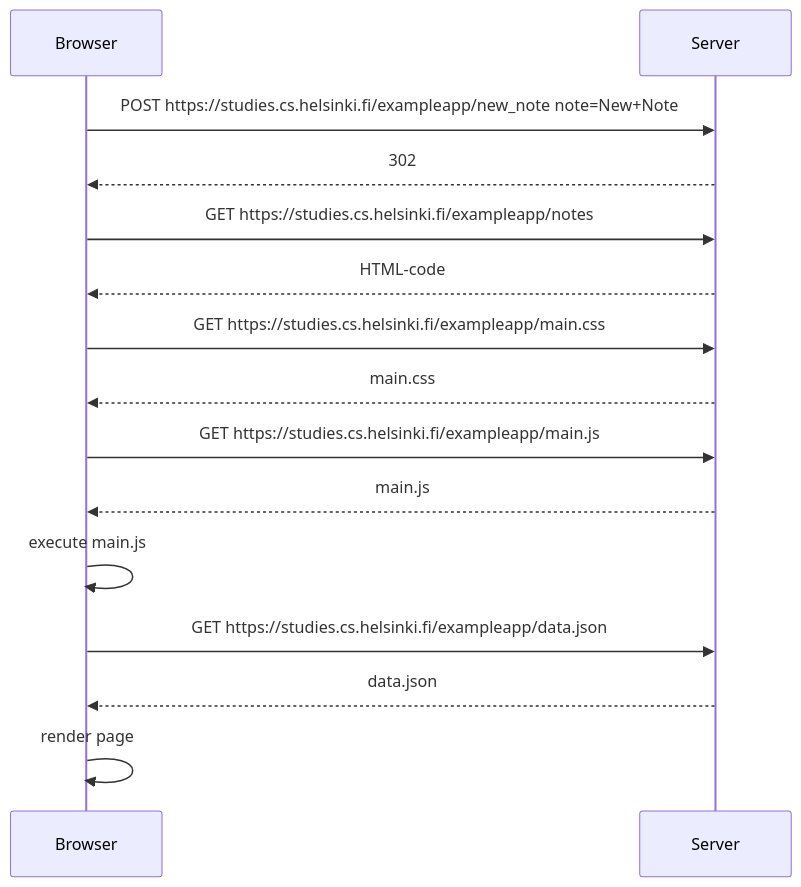
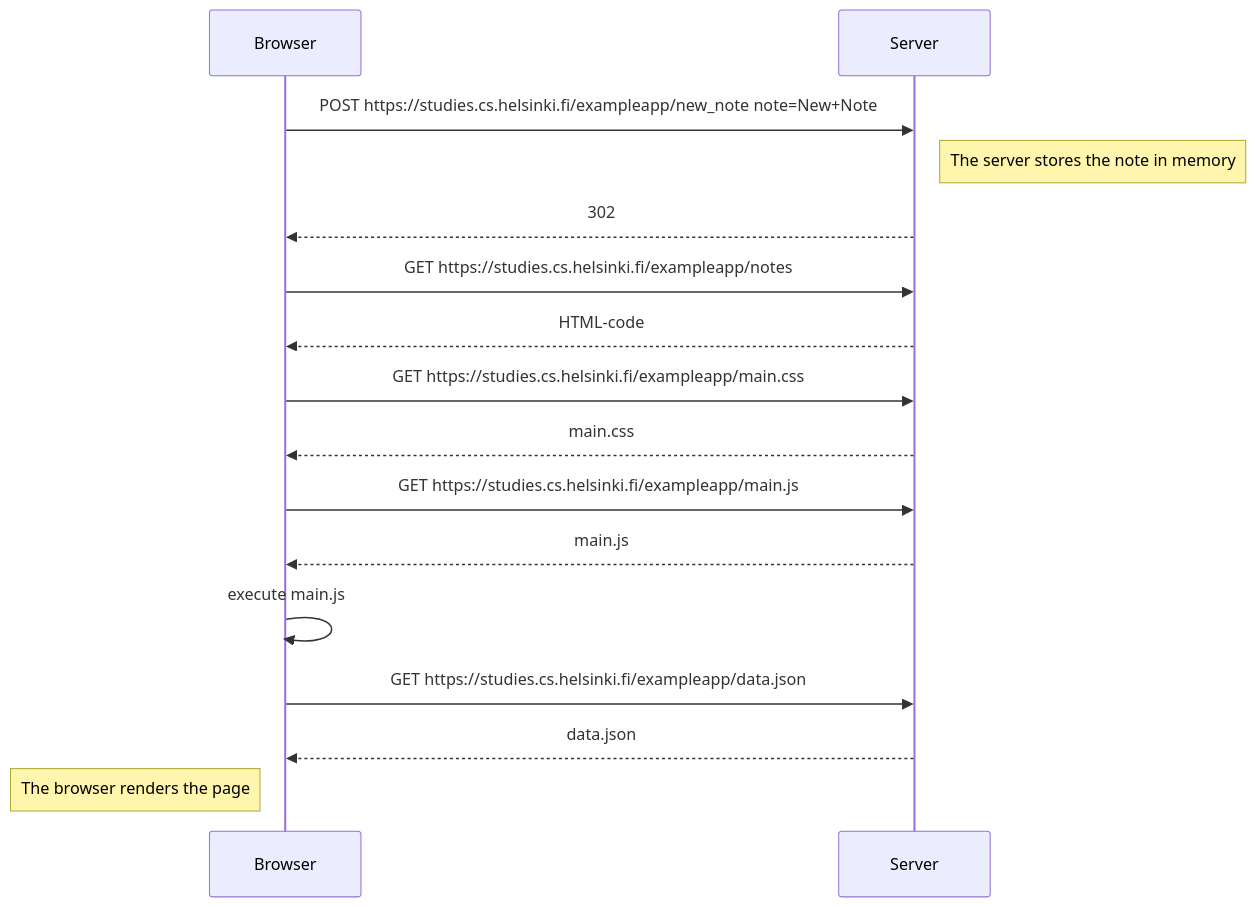
One commit to 13B-MSP/fullstackopen22 changed the diagram in part0/04_new_note_diagram.md. Above: the diagram before and after it, drawn with Mermaid.

Commit message:
Update 04_new_note_diagram.md
Added notes to diagram for clarification

````diff
--- a/part0/04_new_note_diagram.md
+++ b/part0/04_new_note_diagram.md
@@ -3,18 +3,19 @@
 ```mermaid
   sequenceDiagram
     participant B as Browser
     participant S as Server
     
     B ->> S: POST https://studies.cs.helsinki.fi/exampleapp/new_note note=New+Note
+    note right of S: The server stores the note in memory
     S -->> B: 302
     B ->> S: GET https://studies.cs.helsinki.fi/exampleapp/notes
     S -->> B: HTML-code
     B ->> S: GET https://studies.cs.helsinki.fi/exampleapp/main.css
     S -->> B: main.css
     B ->> S: GET https://studies.cs.helsinki.fi/exampleapp/main.js
     S -->> B: main.js
     B ->> B: execute main.js
     B ->> S: GET https://studies.cs.helsinki.fi/exampleapp/data.json
     S -->> B: data.json
-    B ->> B: render page
+   note left of B: The browser renders the page
 ```
````
